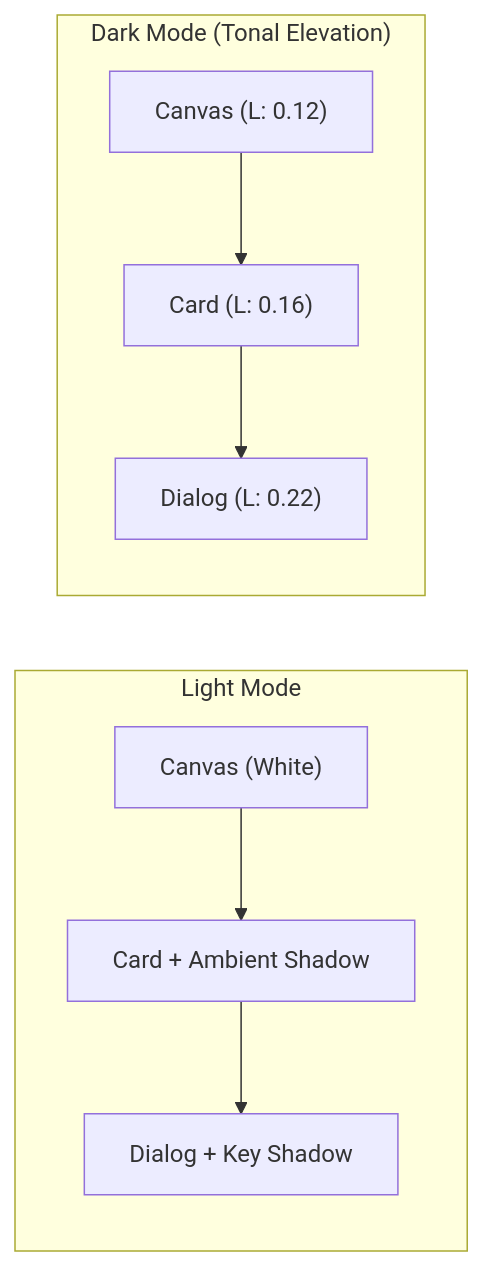
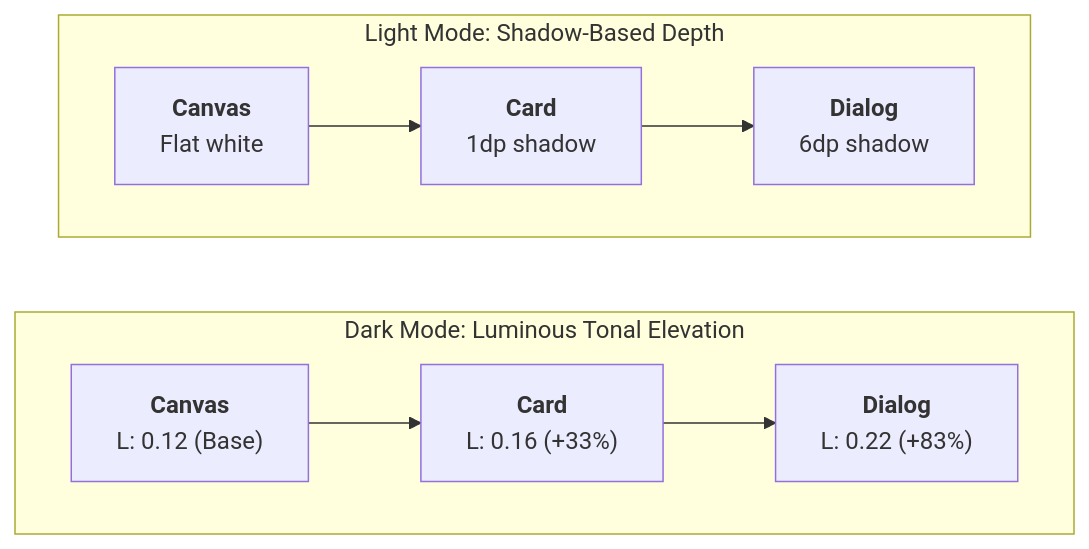
One commit to alph-a07/basis changed the diagram in docs/docs-site/src/content/docs/theming/theme-mode.mdx. Above: the diagram before and after it, drawn with Mermaid. The commit also changed 8 other files, not shown here.

Commit message:
fix(docs): resolve tiny mermaid scaling and text truncation

````diff
--- a/docs/docs-site/src/content/docs/theming/theme-mode.mdx
+++ b/docs/docs-site/src/content/docs/theming/theme-mode.mdx
@@ -11,16 +11,14 @@
 ```mermaid
-flowchart LR
-    subgraph Light["Light Mode"]
-        L1["Canvas (White)"]
-        L2["Card + Ambient Shadow"]
-        L3["Dialog + Key Shadow"]
-        L1 --> L2 --> L3
+flowchart TD
+    subgraph Light["Light Mode: Shadow-Based Depth"]
+        direction LR
+        L1["<b>Canvas</b><br/>Flat white"] --> L2["<b>Card</b><br/>1dp shadow"] --> L3["<b>Dialog</b><br/>6dp shadow"]
     end
 
-    subgraph Dark["Dark Mode (Tonal Elevation)"]
-        D1["Canvas (L: 0.12)"]
-        D2["Card (L: 0.16)"]
-        D3["Dialog (L: 0.22)"]
-        D1 --> D2 --> D3
+    subgraph Dark["Dark Mode: Luminous Tonal Elevation"]
+        direction LR
+        D1["<b>Canvas</b><br/>L: 0.12 (Base)"] --> D2["<b>Card</b><br/>L: 0.16 (+33%)"] --> D3["<b>Dialog</b><br/>L: 0.22 (+83%)"]
     end
+
+    Light ~~~ Dark
 ```
````
